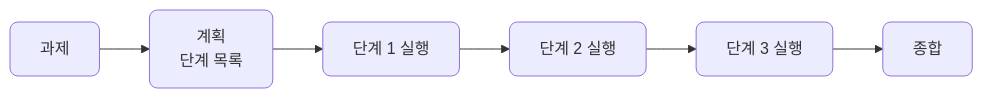
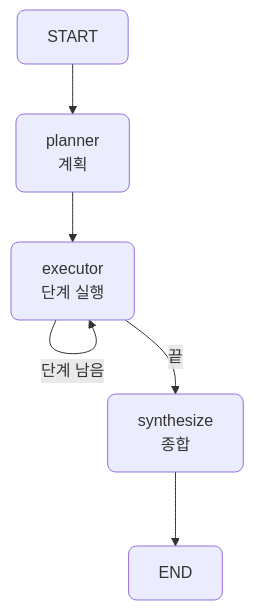
One commit to CodeCompose7/ai_service_engineering changed the second of 3 diagrams in docs/section3/lec07/README.md. Above: the diagram before and after it, drawn with Mermaid. The commit also changed other lines of this file and 5 other files, not shown here.

````diff
--- a/docs/section3/lec07/README.md
+++ b/docs/section3/lec07/README.md
@@ -35,7 +45,9 @@
 ```mermaid
-flowchart LR
-  T["과제"] --> P["계획<br/>단계 목록"]
-  P --> S1["단계 1 실행"] --> S2["단계 2 실행"] --> S3["단계 3 실행"]
-  S3 --> F["종합"]
+flowchart TD
+  S["START"] --> P["planner<br/>계획"]
+  P --> X["executor<br/>단계 실행"]
+  X -->|"단계 남음"| X
+  X -->|"끝"| SY["synthesize<br/>종합"]
+  SY --> E["END"]
   classDef default rx:8,ry:8;
 ```
````
